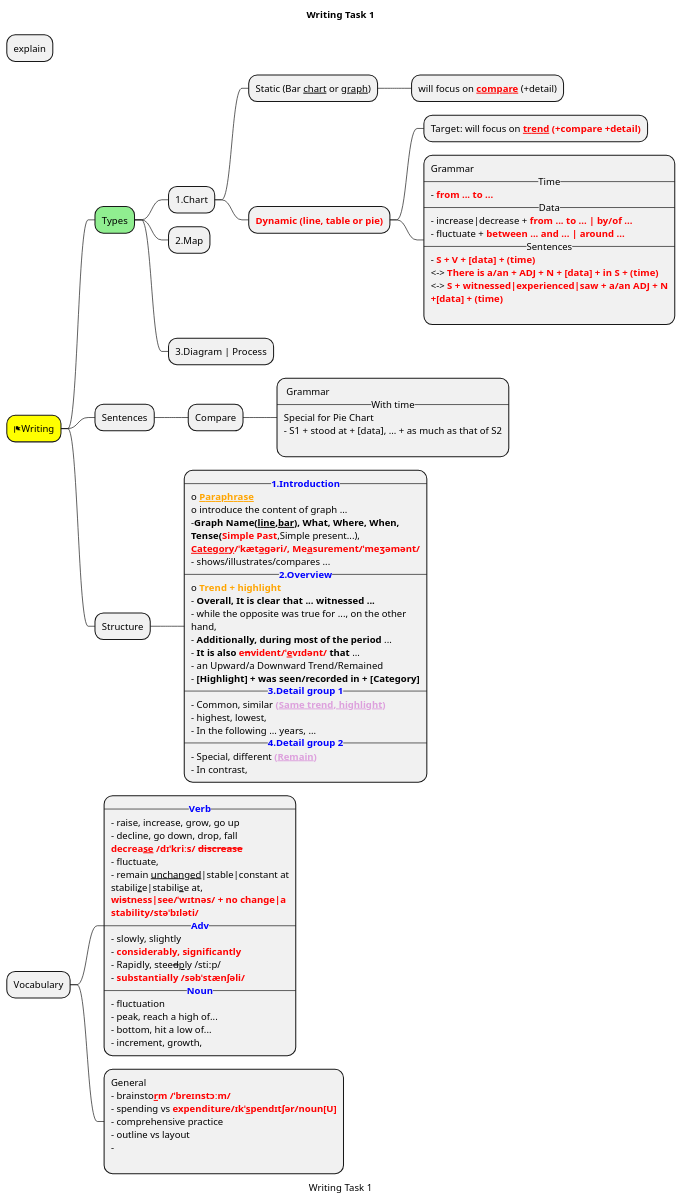
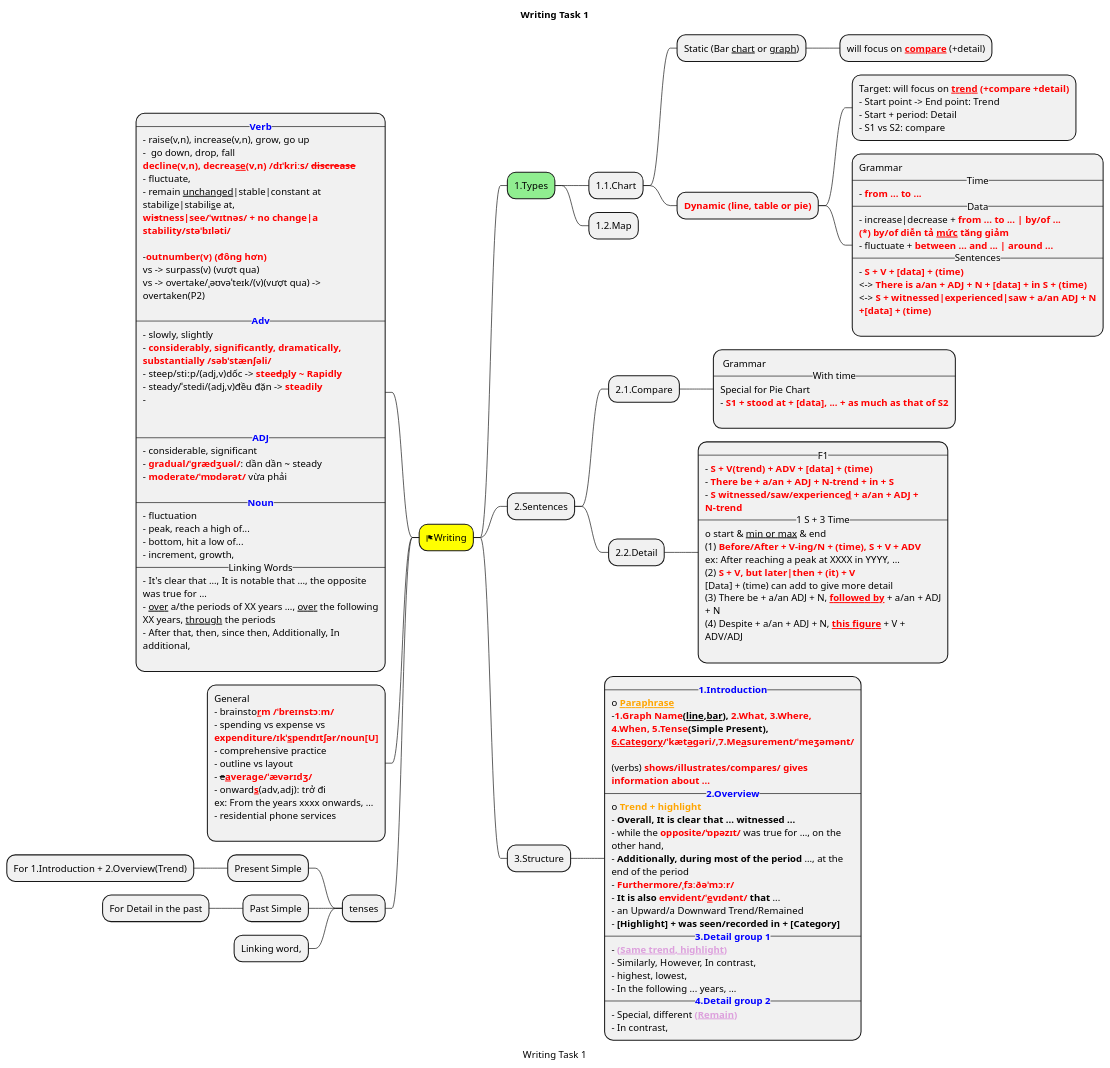
The diagram in src/English/IELTS/4 Writing/Writing_Task_01.puml (thanhnv2210/MyPlantuml), drawn with PlantUML before and after one commit. The commit also changed 9 other files, not shown here.

```diff
--- a/src/English/IELTS/4 Writing/Writing_Task_01.puml
+++ b/src/English/IELTS/4 Writing/Writing_Task_01.puml
@@ -1,98 +1,159 @@
 @startmindmap
 
 caption Writing Task 1
 title Writing Task 1
 
 skinparam {
     wrapWidth 350
     wrapWidth<<Structure>> 400
 }
 
-* explain
+'* explain
 '** - [] -> optional \n- () ->
 
 *[#yellow] <&flag>Writing
-**[#lightgreen] Types
-*** 1.Chart
+**[#lightgreen] 1.Types
+*** 1.1.Chart
 **** Static (Bar __chart__ or __graph__)
 ***** will focus on <b><color:red>__compare__</b> (+detail)
 **** <b><color:red>Dynamic (line, table or pie)
-***** Target: will focus on <b><color:red>__trend__ (+compare +detail)
+*****:Target: will focus on <b><color:red>__trend__ (+compare +detail)
+- Start point -> End point: Trend
+- Start + period: Detail
+- S1 vs S2: compare;
 *****:Grammar
 --Time--
 - <b><color:red>from ... to ...
 --Data--
 - increase|decrease + <b><color:red>from ... to ... | by/of ...
+<b><color:red>(*) by/of diễn tả __mức__ tăng giảm
 - fluctuate + <b><color:red>between ... and ... | around ...
 --Sentences--
 - <b><color:red>S + V + [data] + (time)
 <-> <b><color:red>There is a/an + ADJ + N + [data] + in S + (time)
 <-> <b><color:red>S + witnessed|experienced|saw + a/an ADJ + N +[data] + (time)
 ;
 
 
-*** 2.Map
-*** 3.Diagram | Process
+*** 1.2.Map
+'*** 1.3.Diagram \n Process
 
-** Sentences
-*** Compare
+** 2.Sentences
+*** 2.1.Compare
 ****: Grammar
 --With time--
 Special for Pie Chart
-- S1 + stood at + [data], ... + as much as that of S2
+- <b><color:red>S1 + stood at + [data], ... + as much as that of S2
 ;
 
-** Structure <<Structure>>
+
+
+*** 2.2.Detail
+****:--F1--
+- <b><color:red>S + V(trend) + ADV + [data] + (time)
+- <b><color:red>There be + a/an + ADJ + N-trend + in + S
+- <b><color:red>S witnessed/saw/experience__d__ + a/an + ADJ + N-trend
+--1 S + 3 Time--
+o start & __min or max__ & end
+(1) <b><color:red>Before/After + V-ing/N + (time), S + V + ADV
+ex: After reaching a peak at XXXX in YYYY, ...
+(2) <b><color:red>S + V, but later|then + (it) + V
+[Data] + (time) can add to give more detail
+(3) There be + a/an ADJ + N, <b><color:red>__followed by__</b> + a/an + ADJ + N
+(4) Despite + a/an + ADJ + N, <b><color:red>__this figure__</b> + V + ADV/ADJ
+;
+
+
+
+
+** 3.Structure
 ***:--<b><color:blue>1.Introduction--
 o <b><color:orange>__Paraphrase__
-o introduce the content of graph ...
--<b>Graph Name(__line,bar__), What, Where, When, Tense(<b><color:red>Simple Past</b>,Simple present...),
-<b><color:red>__Category__/ˈkæt__ə__ɡəri/, Me__a__surement/ˈmeʒəmənt/
-- shows/illustrates/compares ...
+-<b><color:red>1.Graph Name</color>(__line,bar__),<color:red> 2.What, 3.Where, 4.When, 5.Tense</color>(Simple Present),
+<b><color:red>__6.Category__/ˈkæt__ə__ɡəri/,7.Me__a__surement/ˈmeʒəmənt/
+
+(verbs) <b><color:red>shows/illustrates/compares/ gives information about ...
 '
 --<b><color:blue>2.Overview--
 o <b><color:orange>Trend + highlight
 - <b>Overall, It is clear that ... witnessed ...
-- while the opposite was true for ..., on the other hand,
-- <b>Additionally, during most of the period</b> ...
+- while the <b><color:red>opposite/ˈɒpəzɪt/</b> was true for ..., on the other hand,
+- <b>Additionally, during most of the period</b> ..., at the end of the period
+- <b><color:red>Furthermore/ˌfɜːðəˈmɔːr/
 - <b>It is also <color:red>e--n--vident/ˈ__e__vɪdənt/</color> that</b> ...
 - an Upward/a Downward Trend/Remained
 - <b>[Highlight] + was seen/recorded in + [Category]
 '
 --<b><color:blue>3.Detail group 1--
-- Common, similar <b><color:plum>(__Same trend, highlight__)
+- <b><color:plum>(__Same trend, highlight__)
+- Similarly, However, In contrast,
 - highest, lowest,
 - In the following ... years, ...
 '
 --<b><color:blue>4.Detail group 2--
 - Special, different <b><color:plum>(__Remain__)
 - In contrast, ;
 
-* Vocabulary
+
+
+
+
+
+left side
+'* Vocabulary
 **:--<b><color:blue>Verb--
-- raise, increase, grow, go up
-- decline, go down, drop, fall
-<b><color:red>decrea__se__ /dɪˈkriːs/ --discrease--
+- raise(v,n), increase(v,n), grow, go up
+-  go down, drop, fall
+<b><color:red>decline(v,n), decrea__se__(v,n) /dɪˈkriːs/ --discrease--
 - fluctuate,
 - remain __unchanged__|stable|constant at
 stabili__z__e|stabili__s__e at,
 <b><color:red>wi--s--tness|see/ˈwɪtnəs/ + no change|a stability/stəˈbɪləti/
+
+-<b><color:red>outnumber(v) (đông hơn)
+vs -> surpass(v) (vượt qua)
+vs -> overtake/ˌəʊvəˈteɪk/(v)(vượt qua) -> overtaken(P2)
+
 --<b><color:blue>Adv--
 - slowly, slightly
-- <b><color:red>considerably, significantly
-- Rapidly, stee--d--__p__ly /stiːp/
-- <b><color:red>substantially /səbˈstænʃəli/
+- <b><color:red>considerably, significantly, dramatically, substantially /səbˈstænʃəli/
+- steep/stiːp/(adj,v)dốc -> <b><color:red>stee--d--__p__ly ~ Rapidly
+- steady/ˈstedi/(adj,v)đều đặn -> <b><color:red>steadily
+- <b><color:red>
+
+
+--<b><color:blue>ADJ--
+- considerable, significant
+- <b><color:red>gradual/ˈɡrædʒuəl/</b>: dần dần ~ steady
+- <b><color:red>moderate/ˈmɒdərət/</b> vừa phải
+
 --<b><color:blue>Noun--
 - fluctuation
 - peak, reach a high of...
 - bottom, hit a low of...
-- increment, growth, ;
+- increment, growth,
+--Linking Words--
+- It's clear that ..., It is notable that ..., the opposite was true for ...
+- __over__ a/the periods of XX years ..., __over__ the following XX years, __through__ the periods
+- After that, then, since then, Additionally, In additional,
+;
 **:General
 - brainsto<b><color:red>__r__m /ˈbreɪnstɔːm/
-- spending vs <b><color:red>expenditure/ɪkˈ__s__pendɪtʃər/noun[U]
+- spending vs expense vs <b><color:red>expenditure/ɪkˈ__s__pendɪtʃər/noun[U]
 - comprehensive practice
 - outline vs layout
--
+- --e--<b><color:red>__a__verage/ˈævərɪdʒ/
+- onward<b><color:red>__s__</b>(adv,adj): trở đi
+ex: From the years xxxx onwards, ...
+- residential phone services
 ;
 
+** tenses
+*** Present Simple
+**** For 1.Introduction + 2.Overview(Trend)
+*** Past Simple
+**** For Detail in the past
+*** Linking word,
+
+
 @endmindmap
```
